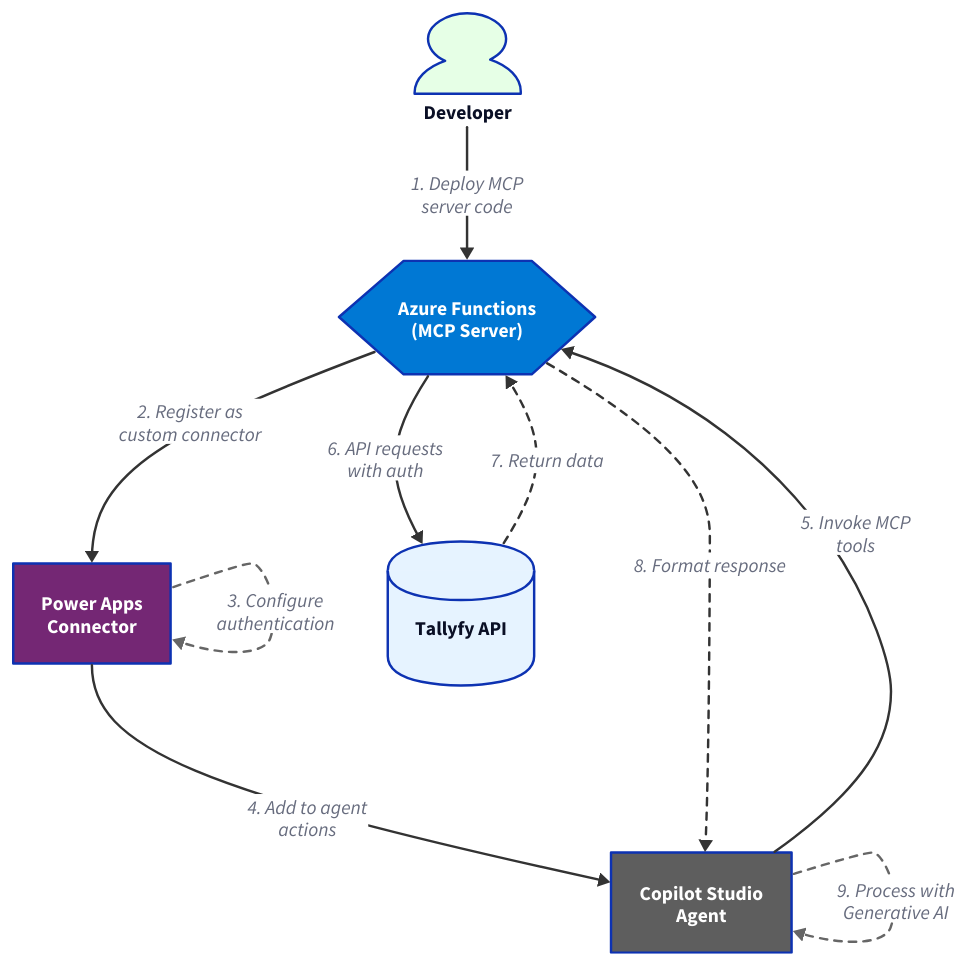
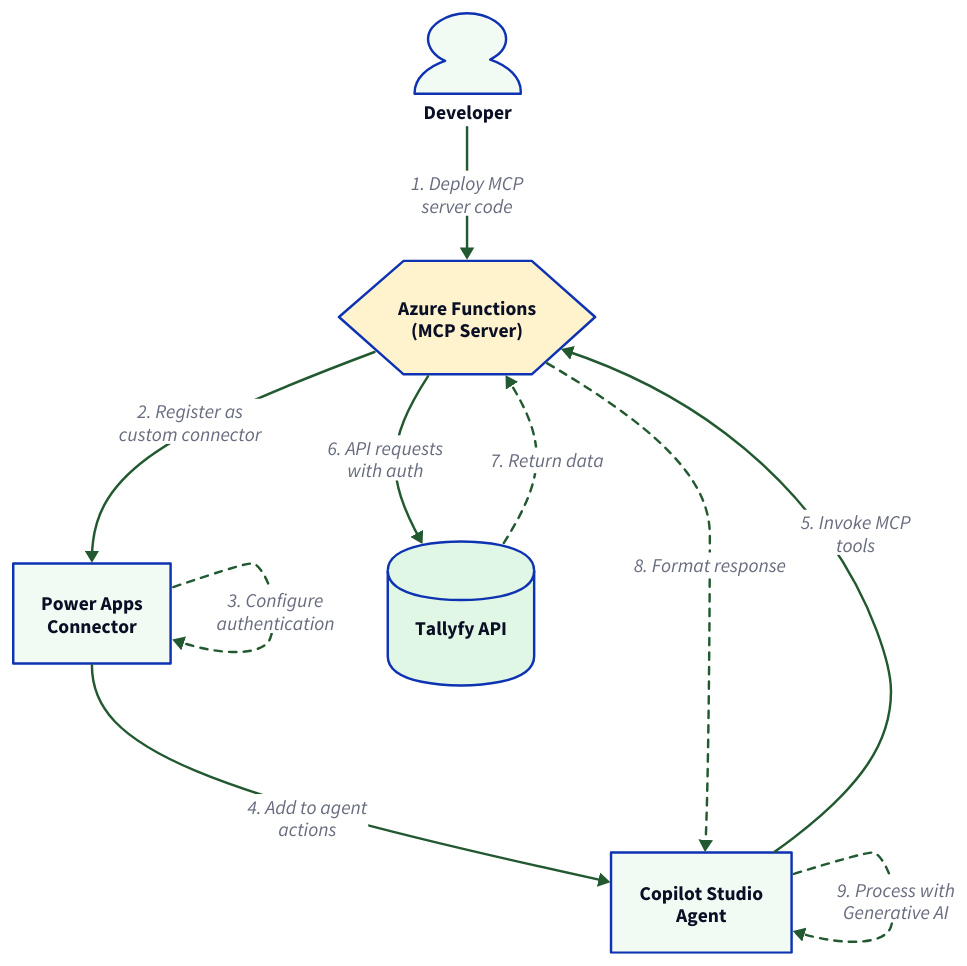
One commit to tallyfy/documentation changed the first of 3 diagrams in src/content/docs/pro/integrations/mcp-server/microsoft-copilot-studio/index.mdx. Above: the diagram before and after it, drawn with D2. The commit also changed other lines of this file and 66 other files, not shown here.

````diff
--- a/src/content/docs/pro/integrations/mcp-server/microsoft-copilot-studio/index.mdx
+++ b/src/content/docs/pro/integrations/mcp-server/microsoft-copilot-studio/index.mdx
@@ -193,73 +193,70 @@
 ```d2
 direction: down
 
 Developer: "Developer" {
   shape: person
-  style.fill: "#e6ffe6"
+  style.fill: "#f2faf4"
 }
 
 Azure: "Azure Functions\n(MCP Server)" {
   shape: hexagon
-  style.fill: "#0078d4"
-  style.font-color: "#fff"
+  style.fill: "#fff3cd"
 }
 
 PowerApps: "Power Apps\nConnector" {
   shape: rectangle
-  style.fill: "#742774"
-  style.font-color: "#fff"
+  style.fill: "#f2faf4"
 }
 
 CopilotStudio: "Copilot Studio\nAgent" {
   shape: rectangle
-  style.fill: "#5e5e5e"
-  style.font-color: "#fff"
+  style.fill: "#f2faf4"
 }
 
 TallyfyAPI: "Tallyfy API" {
   shape: cylinder
-  style.fill: "#e6f3ff"
+  style.fill: "#e1f7e6"
 }
 
 Developer -> Azure: "1. Deploy MCP\nserver code" {
-  style.stroke: "#333"
+  style.stroke: "#225930"
 }
 
 Azure -> PowerApps: "2. Register as\ncustom connector" {
-  style.stroke: "#333"
+  style.stroke: "#225930"
 }
 
 PowerApps -> PowerApps: "3. Configure\nauthentication" {
-  style.stroke: "#666"
+  style.stroke: "#225930"
   style.stroke-dash: 3
 }
 
 PowerApps -> CopilotStudio: "4. Add to agent\nactions" {
-  style.stroke: "#333"
+  style.stroke: "#225930"
 }
 
 CopilotStudio -> Azure: "5. Invoke MCP\ntools" {
-  style.stroke: "#333"
+  style.stroke: "#225930"
   style.stroke-width: 2
 }
 
 Azure -> TallyfyAPI: "6. API requests\nwith auth" {
-  style.stroke: "#333"
+  style.stroke: "#225930"
   style.stroke-width: 2
 }
 
 TallyfyAPI -> Azure: "7. Return data" {
-  style.stroke: "#333"
+  style.stroke: "#225930"
   style.stroke-dash: 3
 }
 
 Azure -> CopilotStudio: "8. Format response" {
-  style.stroke: "#333"
+  style.stroke: "#225930"
   style.stroke-dash: 3
 }
 
 CopilotStudio -> CopilotStudio: "9. Process with\nGenerative AI" {
-  style.stroke: "#666"
+  style.stroke: "#225930"
   style.stroke-dash: 3
 }
 ```
````
